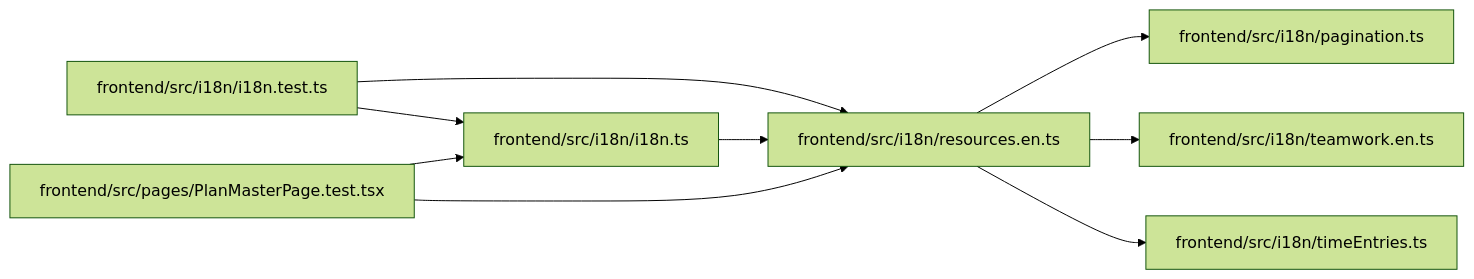
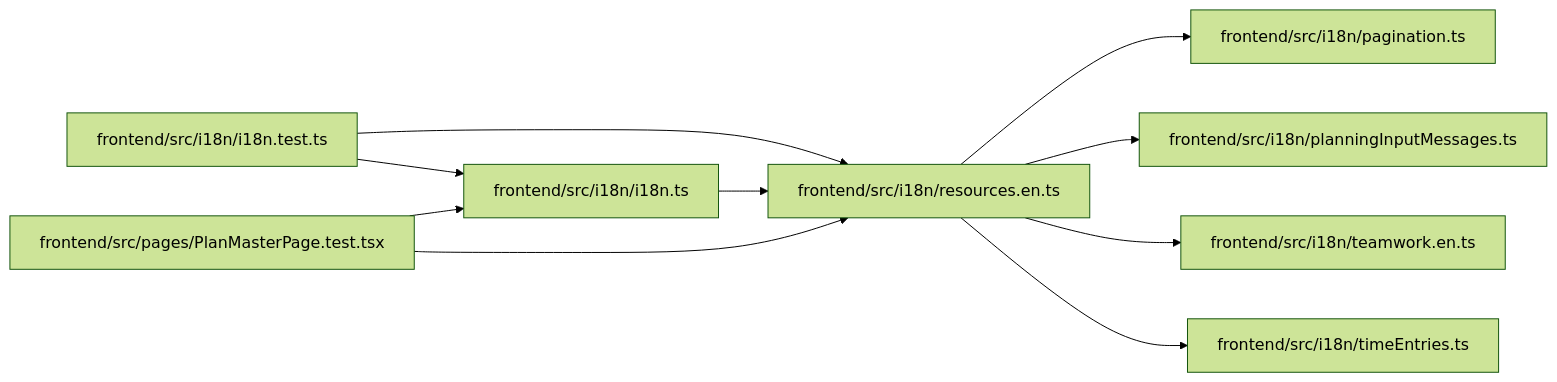
Before and after one commit to Denissvgn/WorkChord: the diagram in docs/llm_wiki/modules/resources.en.md, drawn with Mermaid (forest theme). The commit also changed other lines of this file and 10148 other files, not shown here.

````diff
--- a/docs/llm_wiki/modules/resources.en.md
+++ b/docs/llm_wiki/modules/resources.en.md
@@ -27,25 +28,28 @@
 ```mermaid
 flowchart LR
     n0["frontend/src/i18n/i18n.test.ts"]
     n1["frontend/src/i18n/i18n.ts"]
     n2["frontend/src/i18n/pagination.ts"]
-    n3["frontend/src/i18n/resources.en.ts"]
-    n4["frontend/src/i18n/teamwork.en.ts"]
-    n5["frontend/src/i18n/timeEntries.ts"]
-    n6["frontend/src/pages/PlanMasterPage.test.tsx"]
+    n3["frontend/src/i18n/planningInputMessages.ts"]
+    n4["frontend/src/i18n/resources.en.ts"]
+    n5["frontend/src/i18n/teamwork.en.ts"]
+    n6["frontend/src/i18n/timeEntries.ts"]
+    n7["frontend/src/pages/PlanMasterPage.test.tsx"]
     n0 --> n1
-    n0 --> n3
-    n1 --> n3
-    n3 --> n2
-    n3 --> n4
-    n3 --> n5
-    n6 --> n1
-    n6 --> n3
+    n0 --> n4
+    n1 --> n4
+    n4 --> n2
+    n4 --> n3
+    n4 --> n5
+    n4 --> n6
+    n7 --> n1
+    n7 --> n4
     click n0 "../modules/i18n.test.md"
     click n1 "../modules/i18n.md"
     click n2 "../modules/pagination.md"
-    click n3 "../modules/resources.en.md"
-    click n4 "../modules/teamwork.en.md"
-    click n5 "../modules/timeEntries.md"
-    click n6 "../modules/PlanMasterPage.test.md"
+    click n3 "../modules/planningInputMessages.md"
+    click n4 "../modules/resources.en.md"
+    click n5 "../modules/teamwork.en.md"
+    click n6 "../modules/timeEntries.md"
+    click n7 "../modules/PlanMasterPage.test.md"
 ```
````
